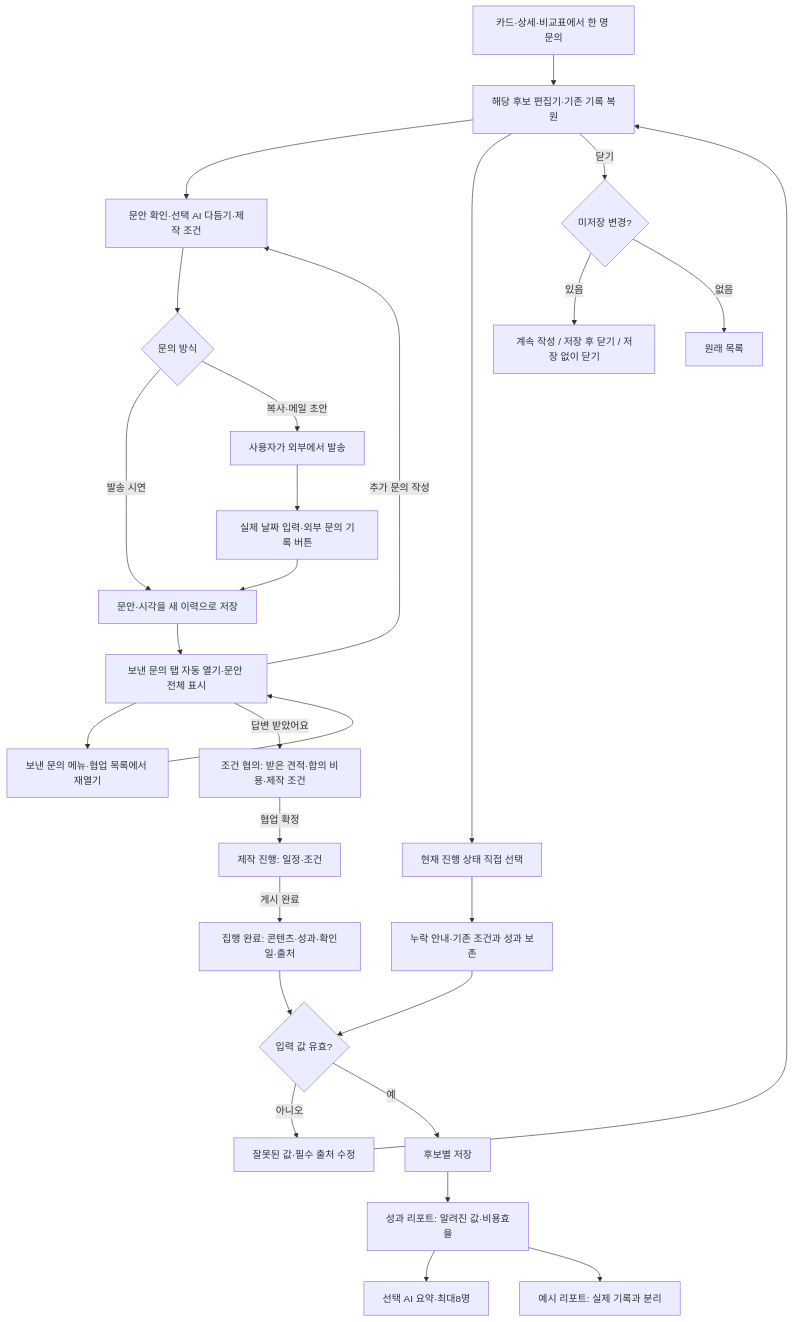
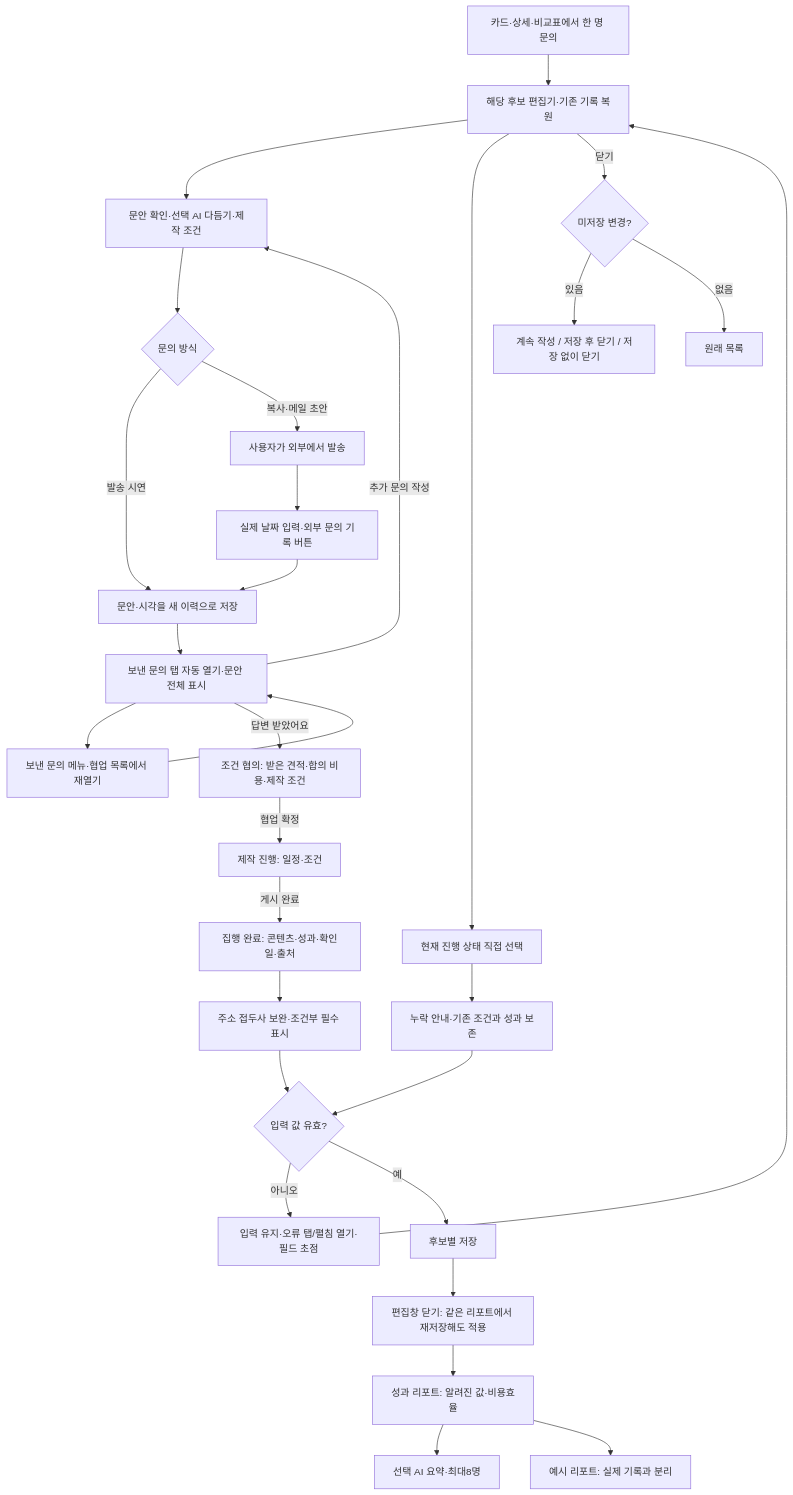
One commit to vk2commits/creator-match changed the second of 3 diagrams in flowchart.md. Above: the diagram before and after it, drawn with Mermaid. The commit also changed other lines of this file and 6 other files, not shown here.

````diff
--- a/flowchart.md
+++ b/flowchart.md
@@ -76,30 +78,32 @@
 ```mermaid
 flowchart TD
     A["카드·상세·비교표에서 한 명 문의"] --> B["해당 후보 편집기·기존 기록 복원"]
     B --> C["문안 확인·선택 AI 다듬기·제작 조건"]
     C --> D{"문의 방식"}
     D -- 발송 시연 --> E["문안·시각을 새 이력으로 저장"]
     D -- 복사·메일 초안 --> F["사용자가 외부에서 발송"]
     F --> FR["실제 날짜 입력·외부 문의 기록 버튼"]
     FR --> E
     E --> SH["보낸 문의 탭 자동 열기·문안 전체 표시"]
     SH --> NAV["보낸 문의 메뉴·협업 목록에서 재열기"]
     NAV --> SH
     SH -- 추가 문의 작성 --> C
     SH -- 답변 받았어요 --> H["조건 협의: 받은 견적·합의 비용·제작 조건"]
     H -- 협업 확정 --> I["제작 진행: 일정·조건"]
     I -- 게시 완료 --> J["집행 완료: 콘텐츠·성과·확인일·출처"]
     B --> S["현재 진행 상태 직접 선택"]
     S --> M["누락 안내·기존 조건과 성과 보존"]
     M --> V{"입력 값 유효?"}
-    J --> V
-    V -- 아니오 --> R["잘못된 값·필수 출처 수정"]
+    J --> UR["주소 접두사 보완·조건부 필수 표시"]
+    UR --> V
+    V -- 아니오 --> R["입력 유지·오류 탭/펼침 열기·필드 초점"]
     R --> B
     V -- 예 --> W["후보별 저장"]
-    W --> O["성과 리포트: 알려진 값·비용효율"]
+    W --> CLOSE["편집창 닫기: 같은 리포트에서 재저장해도 적용"]
+    CLOSE --> O["성과 리포트: 알려진 값·비용효율"]
     O --> P["선택 AI 요약·최대8명"]
     O --> Q["예시 리포트: 실제 기록과 분리"]
     B -- 닫기 --> U{"미저장 변경?"}
     U -- 있음 --> Z["계속 작성 / 저장 후 닫기 / 저장 없이 닫기"]
     U -- 없음 --> L["원래 목록"]
 ```
````
